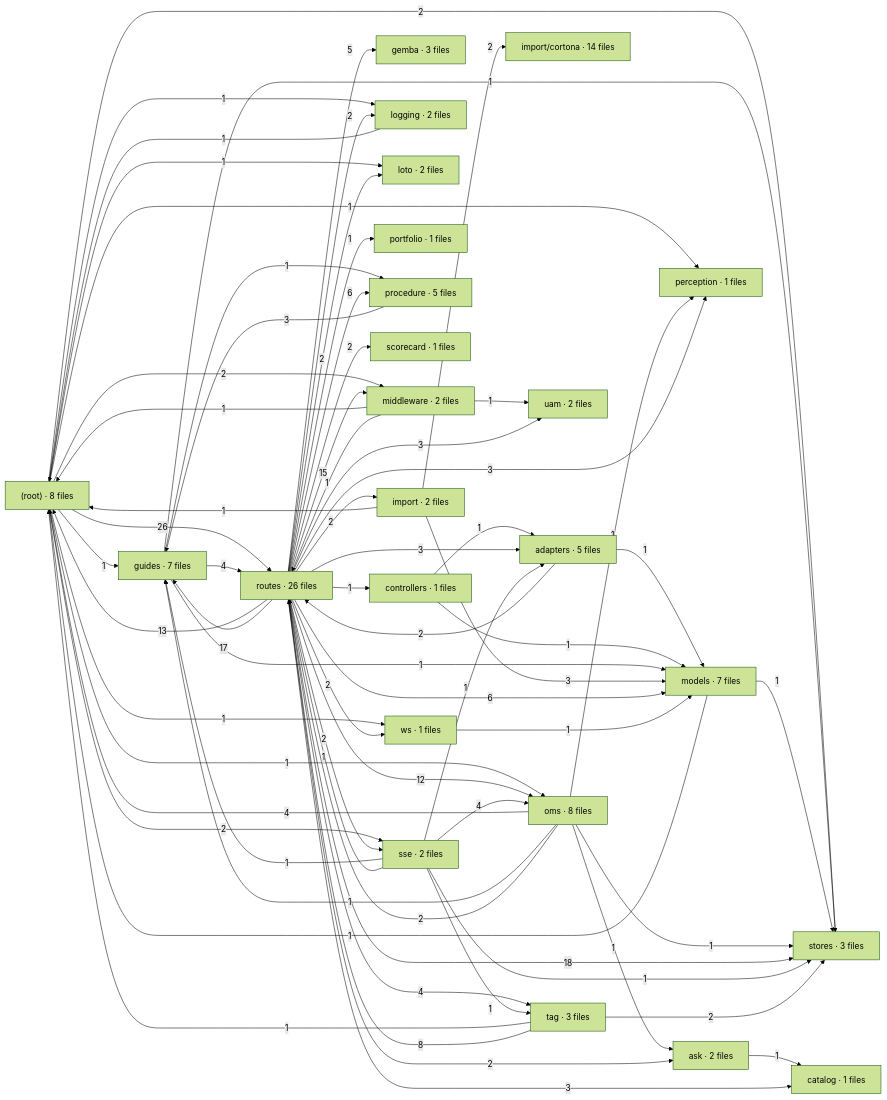
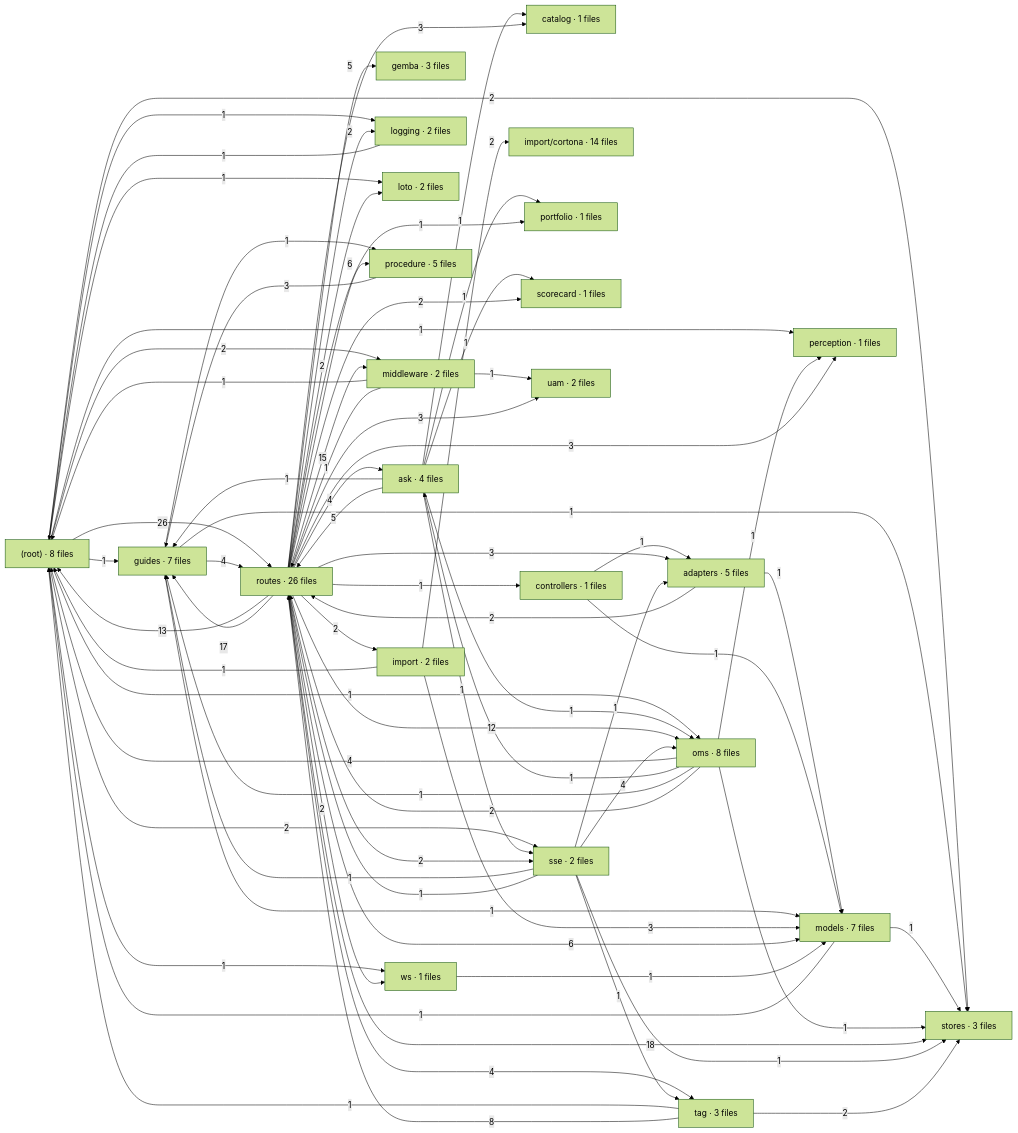
The diagram in docs/architecture/deps-sib.mmd (krocx/spatial-tapgging-app), drawn with Mermaid (forest theme) before and after one commit. The commit also changed 25 other files, not shown here.

```diff
--- a/docs/architecture/deps-sib.mmd
+++ b/docs/architecture/deps-sib.mmd
@@ -1,94 +1,100 @@
 %% generated by scripts/arch-graph.mjs - do not edit
 flowchart LR
   %% sib/src - relative imports between folders (edge label = number of imports)
   F__["(root) · 8 files"]
   F_adapters["adapters · 5 files"]
-  F_ask["ask · 2 files"]
+  F_ask["ask · 4 files"]
   F_catalog["catalog · 1 files"]
   F_controllers["controllers · 1 files"]
   F_gemba["gemba · 3 files"]
   F_guides["guides · 7 files"]
   F_import["import · 2 files"]
   F_import_cortona["import/cortona · 14 files"]
   F_logging["logging · 2 files"]
   F_loto["loto · 2 files"]
   F_middleware["middleware · 2 files"]
   F_models["models · 7 files"]
   F_oms["oms · 8 files"]
   F_perception["perception · 1 files"]
   F_portfolio["portfolio · 1 files"]
   F_procedure["procedure · 5 files"]
   F_routes["routes · 26 files"]
   F_scorecard["scorecard · 1 files"]
   F_sse["sse · 2 files"]
   F_stores["stores · 3 files"]
   F_tag["tag · 3 files"]
   F_uam["uam · 2 files"]
   F_ws["ws · 1 files"]
   F__ -->|1| F_guides
   F__ -->|1| F_logging
   F__ -->|1| F_loto
   F__ -->|2| F_middleware
   F__ -->|1| F_oms
   F__ -->|1| F_perception
   F__ -->|26| F_routes
   F__ -->|2| F_sse
   F__ -->|2| F_stores
   F__ -->|1| F_ws
   F_adapters -->|1| F_models
   F_adapters -->|2| F_routes
   F_ask -->|1| F_catalog
+  F_ask -->|1| F_guides
+  F_ask -->|1| F_oms
+  F_ask -->|1| F_portfolio
+  F_ask -->|5| F_routes
+  F_ask -->|1| F_scorecard
+  F_ask -->|1| F_sse
   F_controllers -->|1| F_adapters
   F_controllers -->|1| F_models
   F_guides -->|1| F_models
   F_guides -->|1| F_procedure
   F_guides -->|4| F_routes
   F_guides -->|1| F_stores
   F_import -->|1| F__
   F_import -->|2| F_import_cortona
   F_import -->|3| F_models
   F_logging -->|1| F__
   F_middleware -->|1| F__
   F_middleware -->|1| F_routes
   F_middleware -->|1| F_uam
   F_models -->|1| F__
   F_models -->|1| F_stores
   F_oms -->|4| F__
   F_oms -->|1| F_ask
   F_oms -->|1| F_guides
   F_oms -->|1| F_perception
   F_oms -->|2| F_routes
   F_oms -->|1| F_stores
   F_procedure -->|3| F_guides
   F_routes -->|13| F__
   F_routes -->|3| F_adapters
-  F_routes -->|2| F_ask
+  F_routes -->|4| F_ask
   F_routes -->|3| F_catalog
   F_routes -->|1| F_controllers
   F_routes -->|5| F_gemba
   F_routes -->|17| F_guides
   F_routes -->|2| F_import
   F_routes -->|2| F_logging
   F_routes -->|2| F_loto
   F_routes -->|15| F_middleware
   F_routes -->|6| F_models
   F_routes -->|12| F_oms
   F_routes -->|3| F_perception
   F_routes -->|1| F_portfolio
   F_routes -->|6| F_procedure
   F_routes -->|2| F_scorecard
   F_routes -->|2| F_sse
   F_routes -->|18| F_stores
   F_routes -->|4| F_tag
   F_routes -->|3| F_uam
   F_routes -->|2| F_ws
   F_sse -->|1| F_adapters
   F_sse -->|1| F_guides
   F_sse -->|4| F_oms
   F_sse -->|1| F_routes
   F_sse -->|1| F_stores
   F_sse -->|1| F_tag
   F_tag -->|1| F__
   F_tag -->|8| F_routes
   F_tag -->|2| F_stores
   F_ws -->|1| F_models
```
